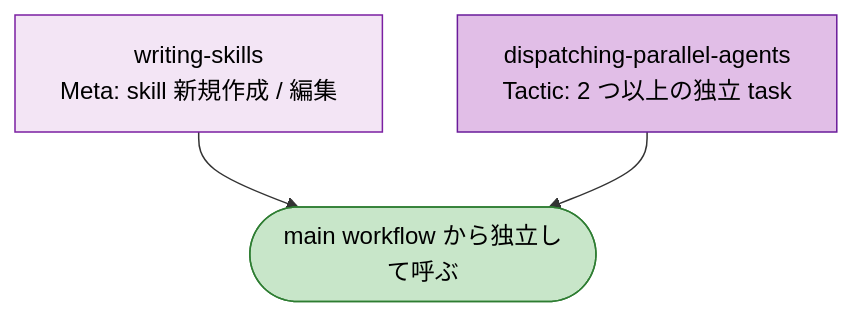
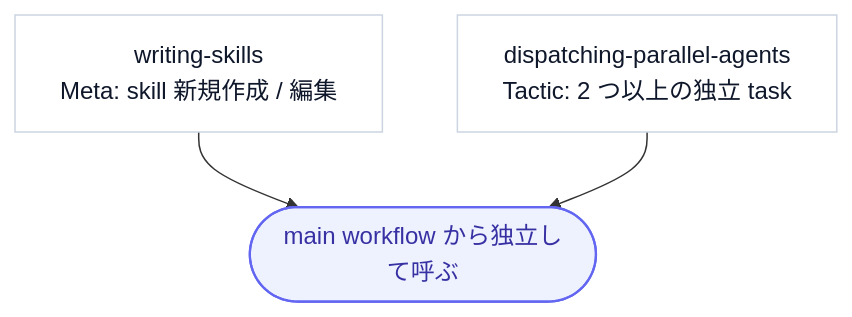
The third of 3 diagrams in dot-claude/docs/superpowers/flowchart.md (yasainet/dotfiles), drawn with Mermaid before and after one commit. The commit also changed other lines of this file, not shown here.

First line of the commit message:
style(claude): superpowers flowchart にモダンでミニマルなデザインを適用

````diff
--- a/dot-claude/docs/superpowers/flowchart.md
+++ b/dot-claude/docs/superpowers/flowchart.md
@@ -69,16 +83,20 @@
 ```mermaid
+%%{init: {'theme':'base', 'themeVariables': {
+  'fontFamily': 'ui-sans-serif, -apple-system, BlinkMacSystemFont, "Segoe UI", sans-serif',
+  'fontSize': '14px',
+  'lineColor': '#94a3b8',
+  'edgeLabelBackground': '#ffffff'
+}}}%%
 flowchart TD
     WS[writing-skills<br/>Meta: skill 新規作成 / 編集]
     DPA[dispatching-parallel-agents<br/>Tactic: 2 つ以上の独立 task]
     NOTE([main workflow から独立して呼ぶ])
 
     WS --> NOTE
     DPA --> NOTE
 
-    classDef meta fill:#f3e5f5,stroke:#7b1fa2,color:#000
-    classDef tactic fill:#e1bee7,stroke:#6a1b9a,color:#000
-    classDef terminal fill:#c8e6c9,stroke:#2e7d32,color:#000
-    class WS meta
-    class DPA tactic
+    classDef skill fill:#ffffff,stroke:#cbd5e1,stroke-width:1px,color:#0f172a
+    classDef terminal fill:#eef2ff,stroke:#6366f1,stroke-width:1.5px,color:#3730a3
+    class WS,DPA skill
     class NOTE terminal
 ```
````
